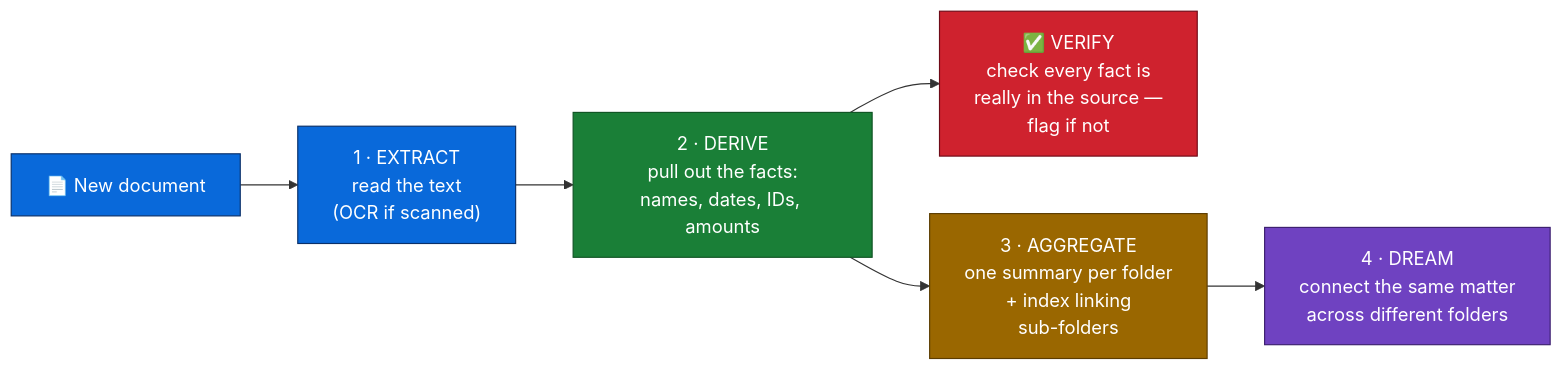
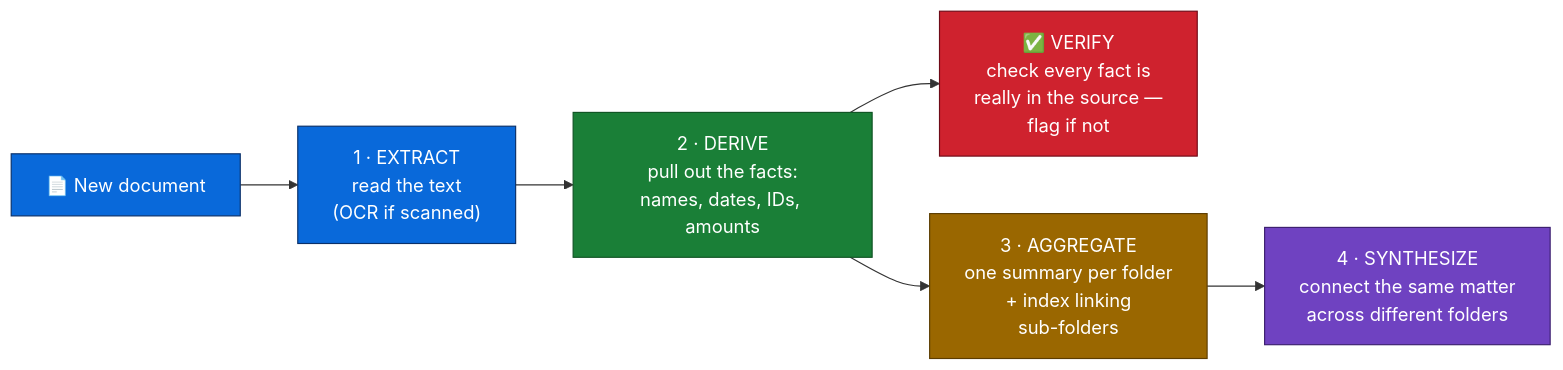
Before and after one commit to TuxLux40/skills: the second of 4 diagrams in skills/smart-okf/README.md, drawn with Mermaid. The commit also changed other lines of this file and 26 other files, not shown here.

First line of the commit message:
refactor(smart-okf): rename the dream pass to synthesize

````diff
--- a/skills/smart-okf/README.md
+++ b/skills/smart-okf/README.md
@@ -128,23 +128,23 @@
 ```mermaid
 ---
 config:
   layout: fixed
 ---
 flowchart LR
     doc["📄 New document"] --> extract["1 · EXTRACT<br>read the text<br>(OCR if scanned)"]
     extract --> derive["2 · DERIVE<br>pull out the facts:<br>names, dates, IDs, amounts"]
     derive --> verify["✅ VERIFY<br>check every fact is<br>really in the source —<br>flag if not"] & aggregate["3 · AGGREGATE<br>one summary per folder<br>+ index linking<br>sub-folders"]
-    aggregate --> dream["4 · DREAM<br>connect the same matter<br>across different folders"]
+    aggregate --> synthesize["4 · SYNTHESIZE<br>connect the same matter<br>across different folders"]
 
      doc:::s1
      extract:::s1
      derive:::s2
      verify:::sv
      aggregate:::s3
-     dream:::s4
+     synthesize:::s4
     classDef s1 fill:#0969da,stroke:#0a3069,color:#fff
     classDef s2 fill:#1a7f37,stroke:#0f5323,color:#fff
     classDef s3 fill:#9a6700,stroke:#5c3d00,color:#fff
     classDef s4 fill:#6f42c1,stroke:#3b1f6e,color:#fff
     classDef sv fill:#cf222e,stroke:#6e0a17,color:#fff
 ```
````
